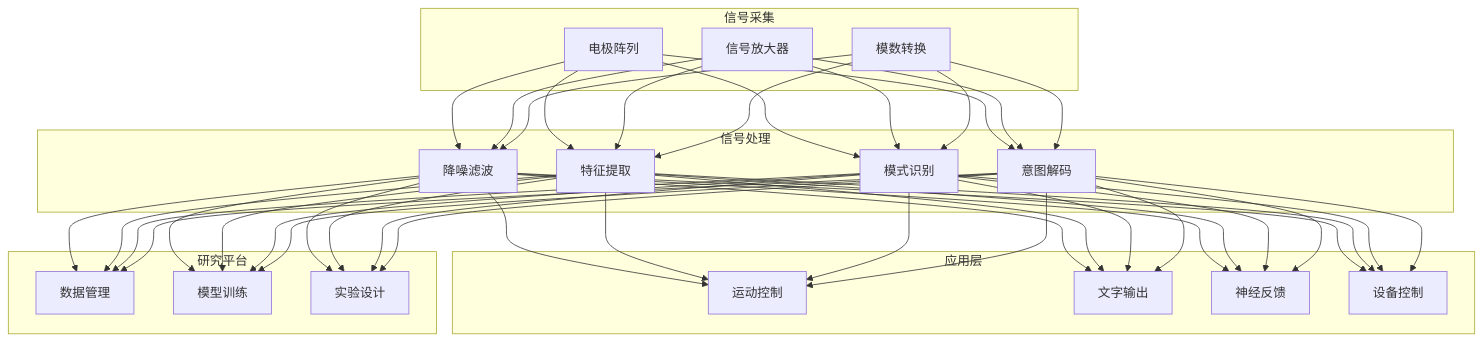
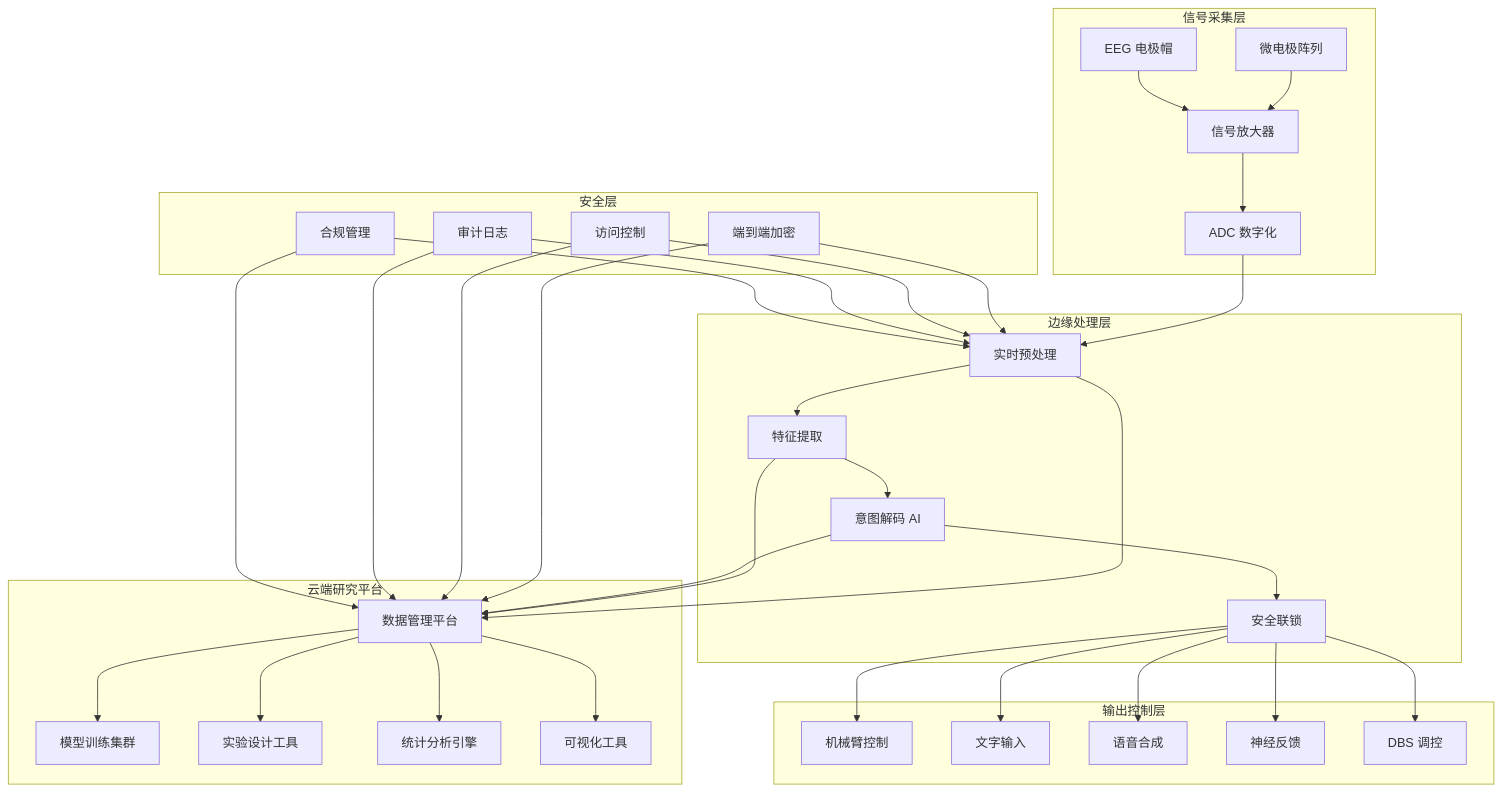
Before and after one commit to kudig-io/kudig-database: the first of 3 diagrams in topic-application-architecture/67-brain-computer-interface.md, drawn with Mermaid. The commit also changed other lines of this file and 8633 other files, not shown here.

````diff
--- a/topic-application-architecture/67-brain-computer-interface.md
+++ b/topic-application-architecture/67-brain-computer-interface.md
@@ -49,32 +126,46 @@
 ```mermaid
 graph TB
-    subgraph 信号采集
-        S1[电极阵列]
-        S2[信号放大器]
-        S3[模数转换]
+    subgraph 信号采集层
+        S1[微电极阵列]
+        S2[EEG 电极帽]
+        S3[信号放大器]
+        S4[ADC 数字化]
     end
 
-    subgraph 信号处理
-        P1[降噪滤波]
-        P2[特征提取]
-        P3[模式识别]
-        P4[意图解码]
+    subgraph 边缘处理层
+        E1[实时预处理]
+        E2[特征提取]
+        E3[意图解码 AI]
+        E4[安全联锁]
     end
 
-    subgraph 应用层
-        A1[运动控制]
-        A2[文字输出]
-        A3[神经反馈]
-        A4[设备控制]
+    subgraph 输出控制层
+        O1[机械臂控制]
+        O2[文字输入]
+        O3[语音合成]
+        O4[神经反馈]
+        O5[DBS 调控]
     end
 
-    subgraph 研究平台
-        R1[数据管理]
-        R2[模型训练]
-        R3[实验设计]
+    subgraph 云端研究平台
+        C1[数据管理平台]
+        C2[模型训练集群]
+        C3[实验设计工具]
+        C4[统计分析引擎]
+        C5[可视化工具]
     end
 
-    S1 & S2 & S3 --> P1 & P2 & P3 & P4
-    P1 & P2 & P3 & P4 --> A1 & A2 & A3 & A4
-    P1 & P2 & P3 & P4 --> R1 & R2 & R3
+    subgraph 安全层
+        SEC1[端到端加密]
+        SEC2[访问控制]
+        SEC3[审计日志]
+        SEC4[合规管理]
+    end
+
+    S1 & S2 --> S3 --> S4
+    S4 --> E1 --> E2 --> E3
+    E3 --> E4 --> O1 & O2 & O3 & O4 & O5
+    E1 & E2 & E3 --> C1
+    C1 --> C2 & C3 & C4 & C5
+    SEC1 & SEC2 & SEC3 & SEC4 --> C1 & E1
 ```
````
